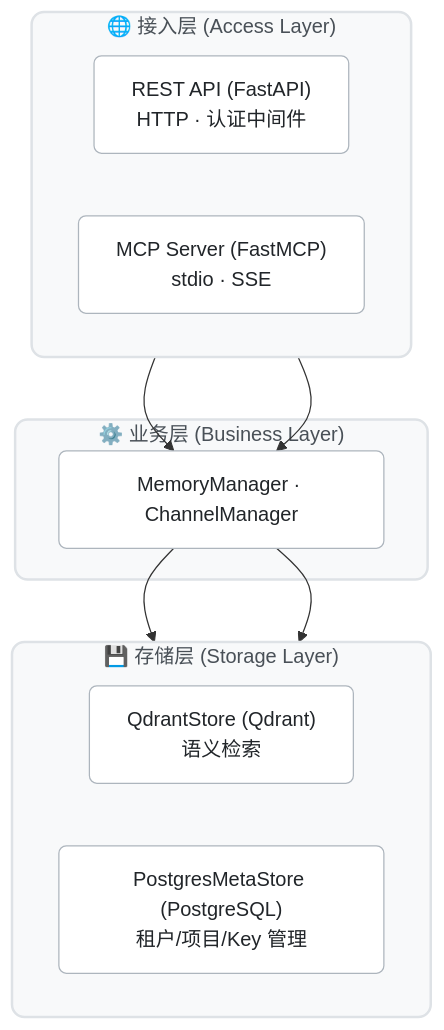
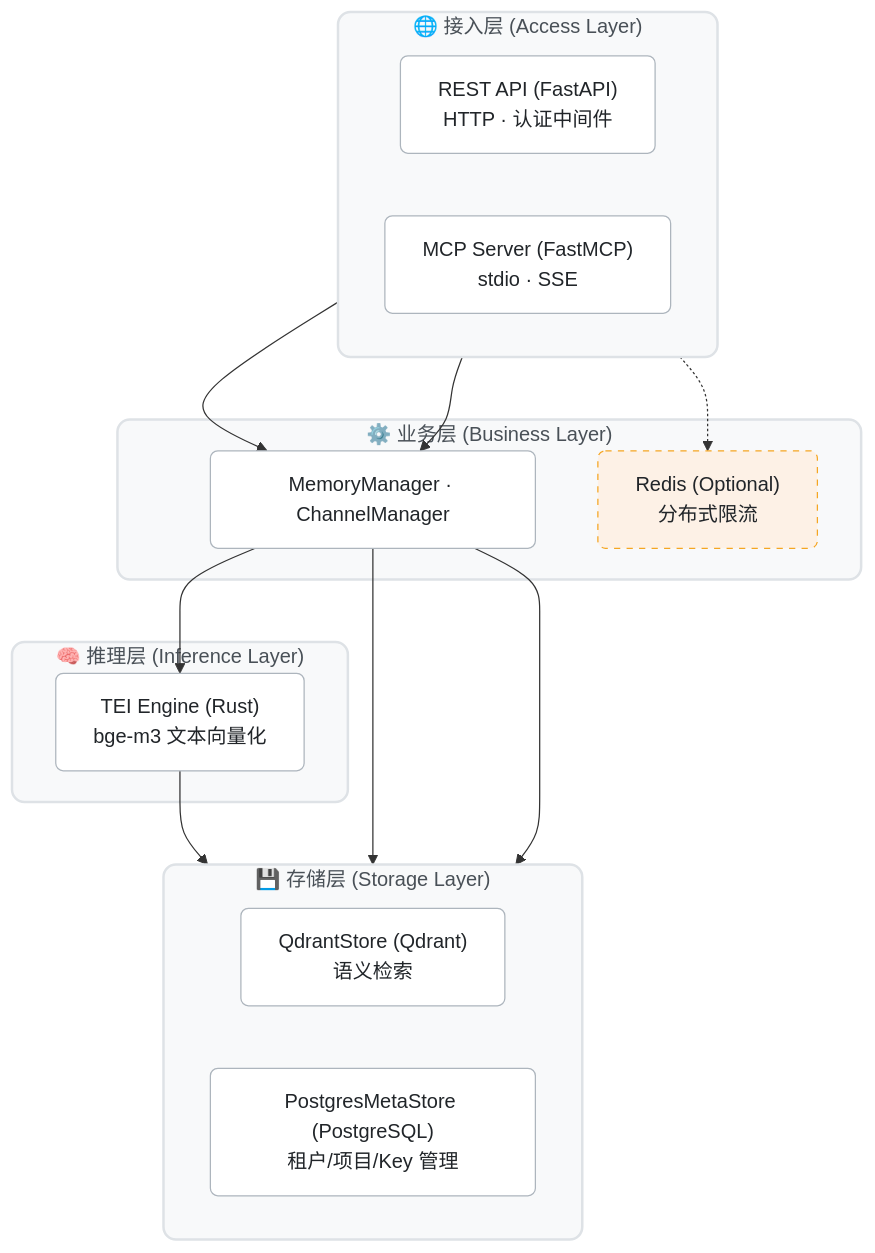
The diagram in README.md (wok0088/cortex), drawn with Mermaid before and after one commit.

Commit message:
docs: add TEI and Redis to the architecture flowchart

````diff
--- a/README.md
+++ b/README.md
@@ -256,30 +256,40 @@
 ```mermaid
 flowchart TD
     %% 样式定义
     classDef layer fill:#f8f9fa,stroke:#dee2e6,stroke-width:2px,color:#495057,rx:10px,ry:10px;
     classDef component fill:#ffffff,stroke:#adb5bd,stroke-width:1px,color:#212529,rx:6px,ry:6px;
+    classDef optional fill:#fdf1e6,stroke:#f5a623,stroke-width:1px,color:#212529,rx:6px,ry:6px,stroke-dasharray: 5 5;
     
     subgraph AccessLayer ["🌐 接入层 (Access Layer)"]
         direction LR
         API["REST API (FastAPI)<br/>HTTP · 认证中间件"]:::component
         MCP["MCP Server (FastMCP)<br/>stdio · SSE"]:::component
     end
     AccessLayer:::layer
 
     subgraph BusinessLayer ["⚙️ 业务层 (Business Layer)"]
         Manager["MemoryManager · ChannelManager"]:::component
+        Redis["Redis (Optional)<br/>分布式限流"]:::optional
     end
     BusinessLayer:::layer
+
+    subgraph ConfigLayer ["🧠 推理层 (Inference Layer)"]
+        TEI["TEI Engine (Rust)<br/>bge-m3 文本向量化"]:::component
+    end
+    ConfigLayer:::layer
 
     subgraph StorageLayer ["💾 存储层 (Storage Layer)"]
         direction LR
         Qdrant["QdrantStore (Qdrant)<br/>语义检索"]:::component
         Postgres["PostgresMetaStore (PostgreSQL)<br/>租户/项目/Key 管理"]:::component
     end
     StorageLayer:::layer
 
     API --> Manager
+    API -.-> Redis
     MCP --> Manager
+    Manager --> TEI
+    TEI --> Qdrant
     Manager --> Qdrant
     Manager --> Postgres
 ```
````
